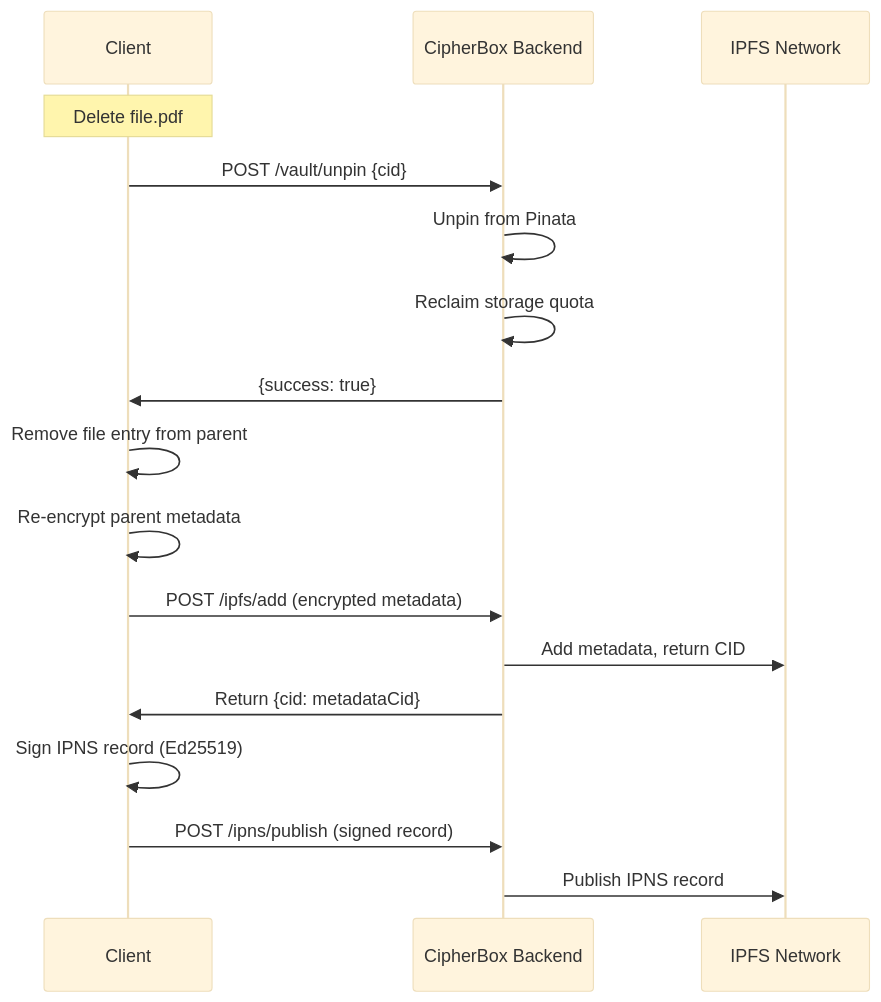
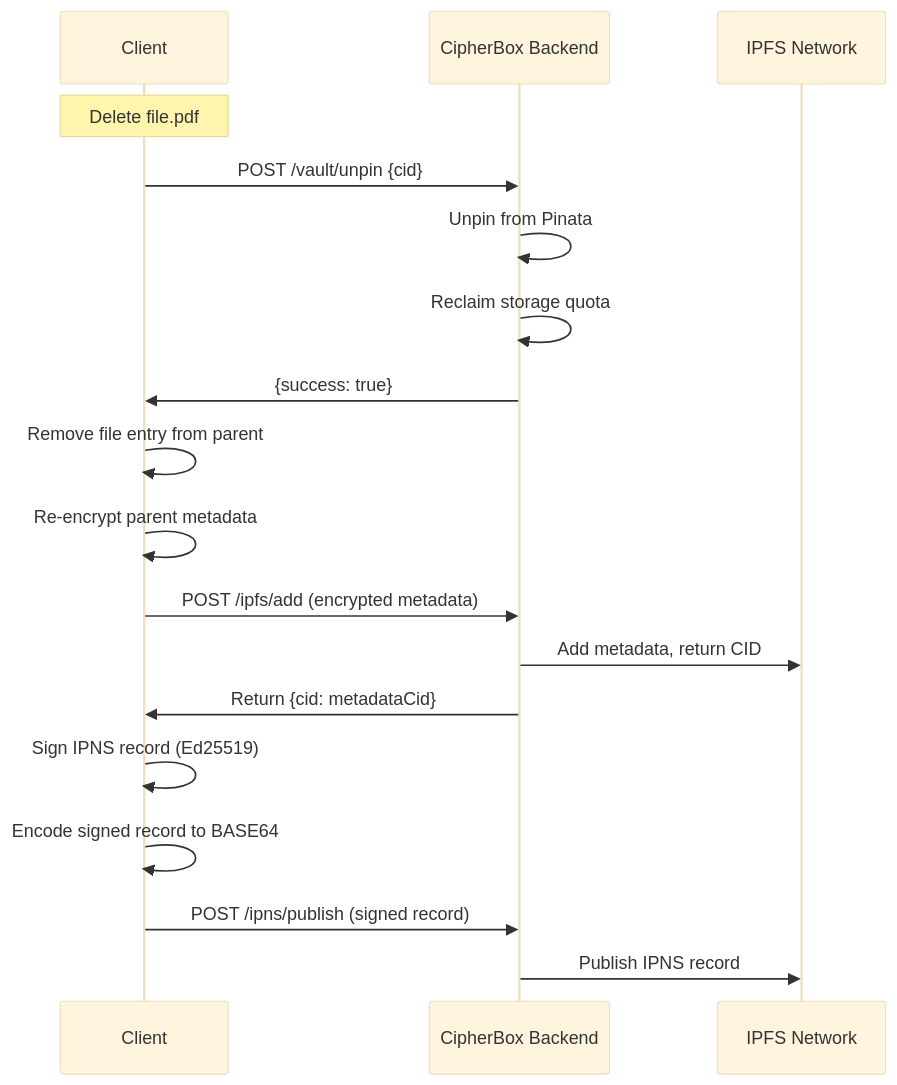
Before and after one commit to FSM1/cipher-box: diagram 12 of 14 in Documentation/DATA_FLOWS.md, drawn with Mermaid (base theme). The commit also changed other lines of this file and 7 other files, not shown here.

Commit message:
Add BASE64 encoding steps in IPNS sequences and bump version to 1.9.0

````diff
--- a/Documentation/DATA_FLOWS.md
+++ b/Documentation/DATA_FLOWS.md
@@ -467,22 +473,23 @@
 ```mermaid
 sequenceDiagram
     participant C as Client
     participant B as CipherBox Backend
     participant IPFS as IPFS Network
     
     Note over C: Delete file.pdf
     
     C->>B: POST /vault/unpin {cid}
     B->>B: Unpin from Pinata
     B->>B: Reclaim storage quota
     B->>C: {success: true}
     
     C->>C: Remove file entry from parent
     C->>C: Re-encrypt parent metadata
     C->>B: POST /ipfs/add (encrypted metadata)
     B->>IPFS: Add metadata, return CID
     B->>C: Return {cid: metadataCid}
     C->>C: Sign IPNS record (Ed25519)
+    C->>C: Encode signed record to BASE64
     C->>B: POST /ipns/publish (signed record)
     B->>IPFS: Publish IPNS record
 ```
````
